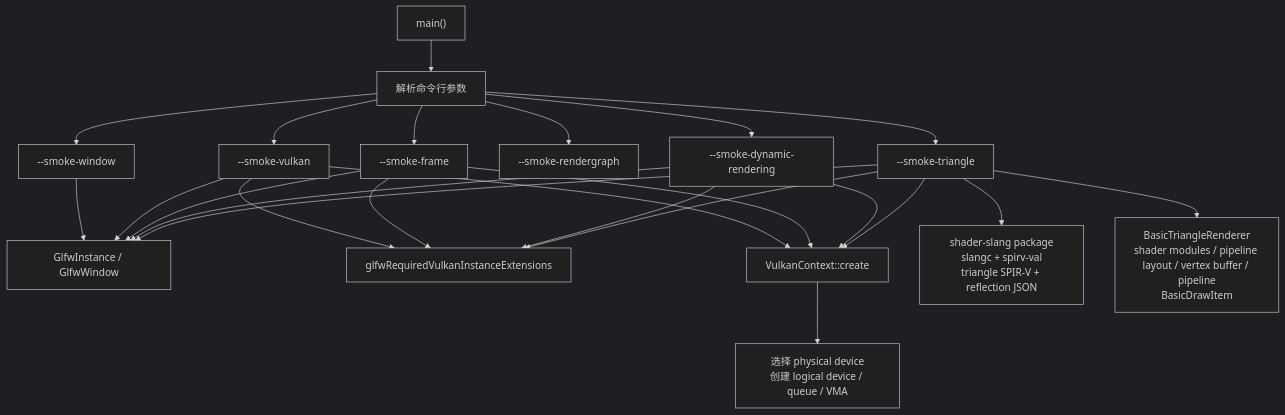
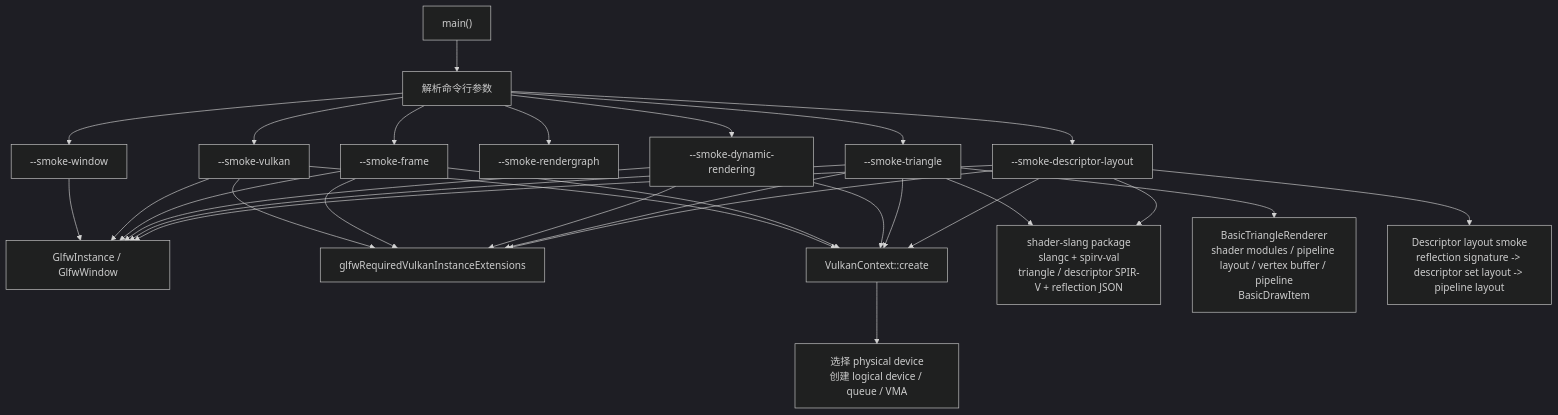
The second of 9 diagrams in docs/flow-architecture.md (66six11/Engine), drawn with Mermaid (dark theme) before and after one commit. The commit also changed other lines of this file and 8 other files, not shown here.

Commit message:
test: add descriptor layout smoke

````diff
--- a/docs/flow-architecture.md
+++ b/docs/flow-architecture.md
@@ -58,41 +58,49 @@
 ```mermaid
 flowchart TD
     Start["main()"]
     Args["解析命令行参数"]
     WindowSmoke["--smoke-window"]
     VulkanSmoke["--smoke-vulkan"]
     FrameSmoke["--smoke-frame"]
     RGSmoke["--smoke-rendergraph"]
     DynamicSmoke["--smoke-dynamic-rendering"]
     TriangleSmoke["--smoke-triangle"]
+    DescriptorSmoke["--smoke-descriptor-layout"]
     GLFW["GlfwInstance / GlfwWindow"]
     Ext["glfwRequiredVulkanInstanceExtensions"]
     Context["VulkanContext::create"]
     Device["选择 physical device<br/>创建 logical device / queue / VMA"]
-    ShaderBuild["shader-slang package<br/>slangc + spirv-val<br/>triangle SPIR-V + reflection JSON"]
+    ShaderBuild["shader-slang package<br/>slangc + spirv-val<br/>triangle / descriptor SPIR-V + reflection JSON"]
     RendererObject["BasicTriangleRenderer<br/>shader modules / pipeline layout / vertex buffer / pipeline<br/>BasicDrawItem"]
+    DescriptorLayout["Descriptor layout smoke<br/>reflection signature -> descriptor set layout -> pipeline layout"]
 
     Start --> Args
     Args --> WindowSmoke
     Args --> VulkanSmoke
     Args --> FrameSmoke
     Args --> RGSmoke
     Args --> DynamicSmoke
     Args --> TriangleSmoke
+    Args --> DescriptorSmoke
     WindowSmoke --> GLFW
     VulkanSmoke --> GLFW
     VulkanSmoke --> Ext
     VulkanSmoke --> Context
     FrameSmoke --> GLFW
     FrameSmoke --> Ext
     FrameSmoke --> Context
     DynamicSmoke --> GLFW
     DynamicSmoke --> Ext
     DynamicSmoke --> Context
     TriangleSmoke --> GLFW
     TriangleSmoke --> Ext
     TriangleSmoke --> Context
     TriangleSmoke --> ShaderBuild
     TriangleSmoke --> RendererObject
+    DescriptorSmoke --> GLFW
+    DescriptorSmoke --> Ext
+    DescriptorSmoke --> Context
+    DescriptorSmoke --> ShaderBuild
+    DescriptorSmoke --> DescriptorLayout
     Context --> Device
 ```
````
